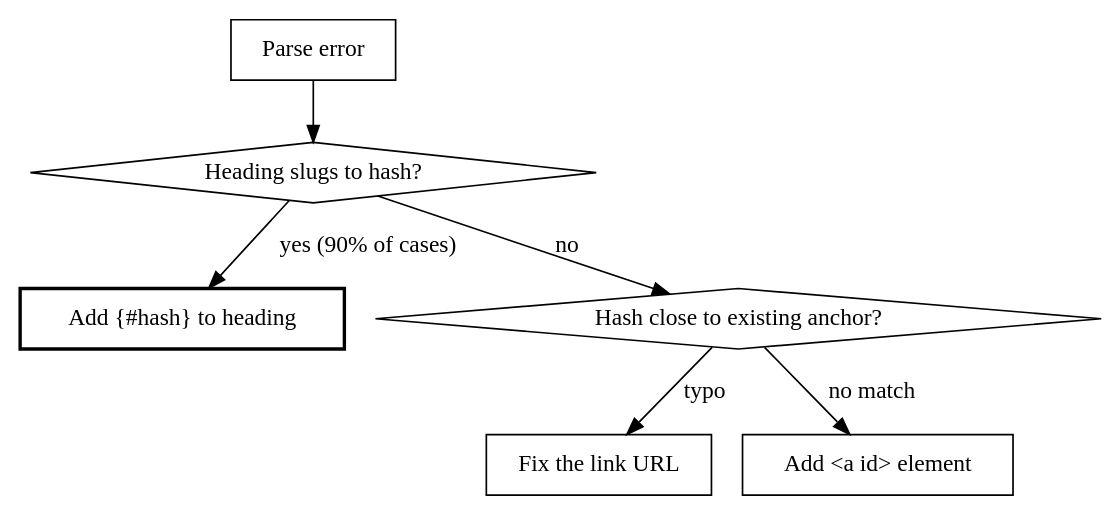
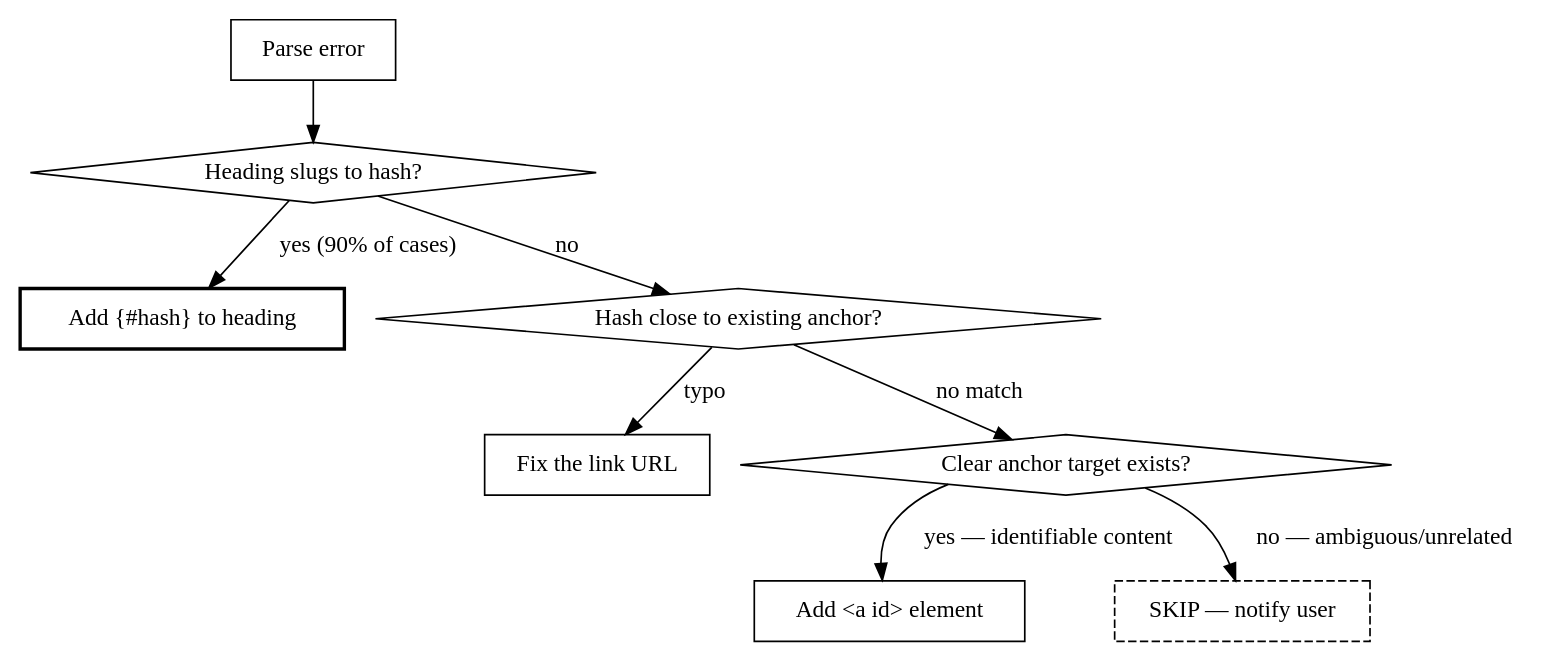
One commit to alauda/agent-skills changed the diagram in skills/doom-lint-fix/rules/no-unmatched-anchor.md. Above: the diagram before and after it, drawn with Graphviz. The commit also changed other lines of this file, not shown here.

First line of the commit message:
fix(doom-lint-fix): skip unfixable no-unmatched-anchor errors instead of adding arbitrary anchors

````diff
--- a/skills/doom-lint-fix/rules/no-unmatched-anchor.md
+++ b/skills/doom-lint-fix/rules/no-unmatched-anchor.md
@@ -31,17 +31,21 @@
 ```dot
 digraph fix {
   rankdir=TB;
   "Parse error" [shape=box];
   "Heading slugs to hash?" [shape=diamond];
   "Add {#hash} to heading" [shape=box, style=bold];
   "Hash close to existing anchor?" [shape=diamond];
   "Fix the link URL" [shape=box];
+  "Clear anchor target exists?" [shape=diamond];
   "Add <a id> element" [shape=box];
+  "SKIP — notify user" [shape=box, style=dashed];
 
   "Parse error" -> "Heading slugs to hash?";
   "Heading slugs to hash?" -> "Add {#hash} to heading" [label="yes (90% of cases)"];
   "Heading slugs to hash?" -> "Hash close to existing anchor?" [label="no"];
   "Hash close to existing anchor?" -> "Fix the link URL" [label="typo"];
-  "Hash close to existing anchor?" -> "Add <a id> element" [label="no match"];
+  "Hash close to existing anchor?" -> "Clear anchor target exists?" [label="no match"];
+  "Clear anchor target exists?" -> "Add <a id> element" [label="yes — identifiable content"];
+  "Clear anchor target exists?" -> "SKIP — notify user" [label="no — ambiguous/unrelated"];
 }
 ```
````
